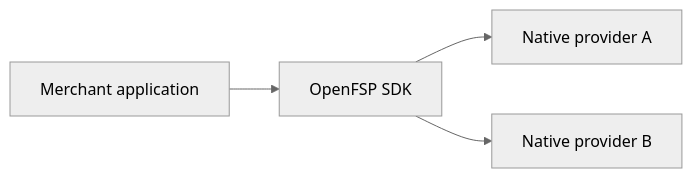
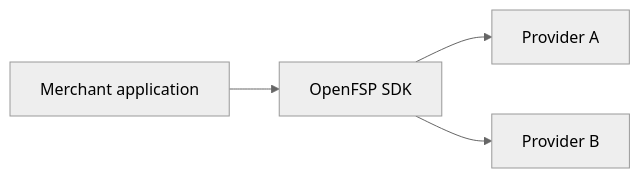
One commit to openfspht/openfsp.org changed the diagram in content/docs/index.mdx. Above: the diagram before and after it, drawn with Mermaid (neutral theme). The commit also changed other lines of this file and 36 other files, not shown here.

````diff
--- a/content/docs/index.mdx
+++ b/content/docs/index.mdx
@@ -19,6 +10,6 @@
 ```mermaid
 flowchart LR
     A["Merchant application"] --> S["OpenFSP SDK"]
-    S --> P1["Native provider A"]
-    S --> P2["Native provider B"]
+    S --> P1["Provider A"]
+    S --> P2["Provider B"]
 ```
````
